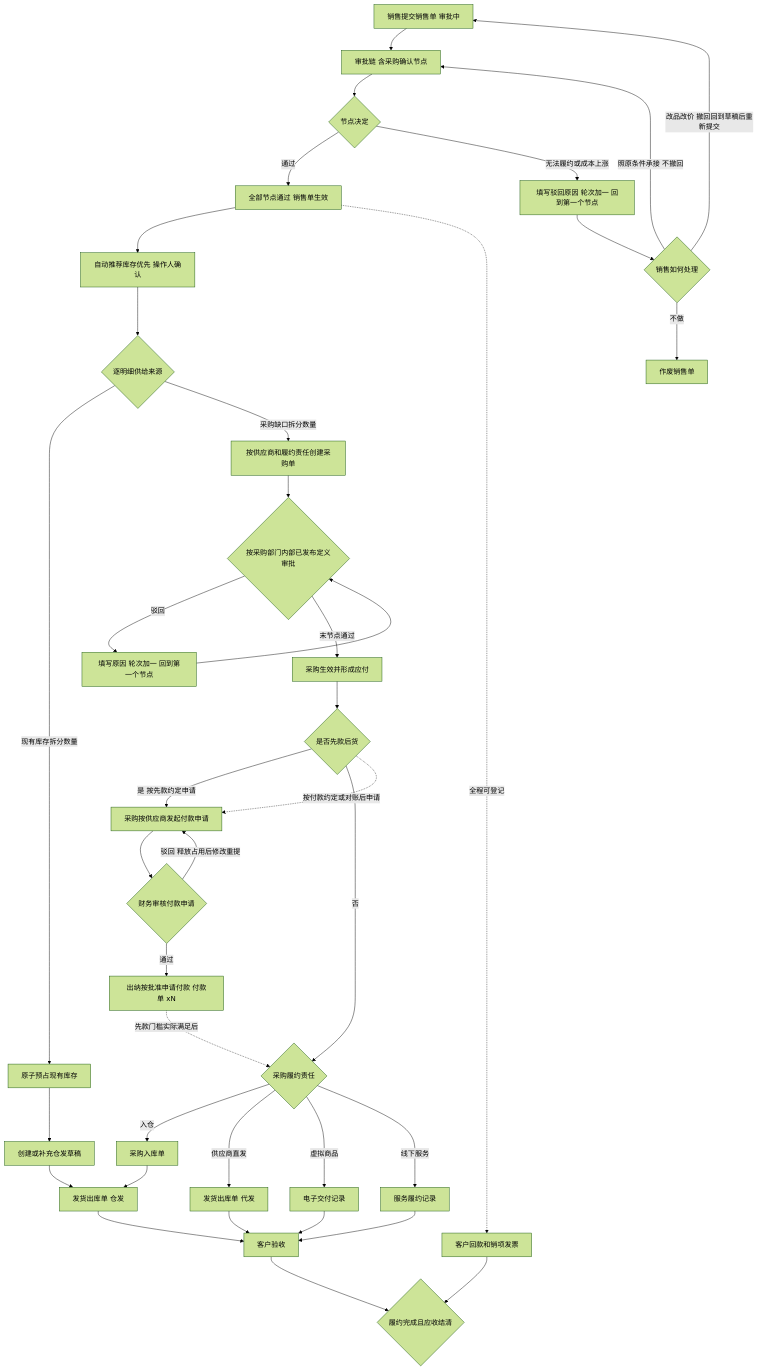
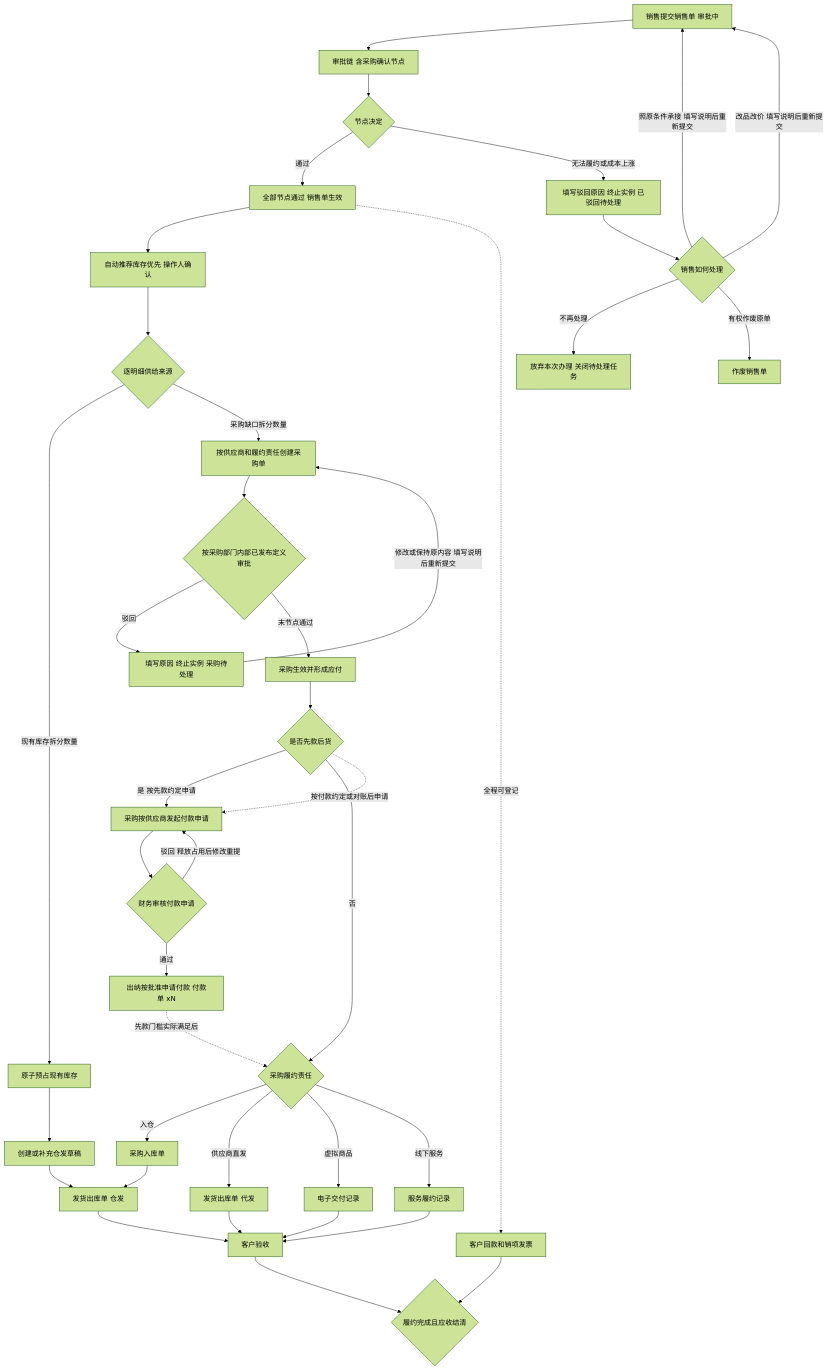
One commit to mztlive/erp changed the seventh of 11 diagrams in docs/erp-phase-1.md. Above: the diagram before and after it, drawn with Mermaid (forest theme). The commit also changed other lines of this file and 329 other files, not shown here.

````diff
--- a/docs/erp-phase-1.md
+++ b/docs/erp-phase-1.md
@@ -794,70 +794,72 @@
 ```mermaid
 flowchart TD
   销售单[销售提交销售单 审批中]
   二次确认[审批链 含采购确认节点]
   确认结果{节点决定}
-  驳回[填写驳回原因 轮次加一 回到第一个节点]
+  驳回[填写驳回原因 终止实例 已驳回待处理]
   处理{销售如何处理}
   作废[作废销售单]
+  放弃[放弃本次办理 关闭待处理任务]
   生效[全部节点通过 销售单生效]
   供给分配[自动推荐库存优先 操作人确认]
   供给来源{逐明细供给来源}
   库存预占[原子预占现有库存]
   仓发草稿[创建或补充仓发草稿]
   采购单[按供应商和履约责任创建采购单]
   采购审批{按采购部门内部已发布定义审批}
-  驳回采购[填写原因 轮次加一 回到第一个节点]
+  驳回采购[填写原因 终止实例 采购待处理]
   应付[采购生效并形成应付]
   条件{是否先款后货}
   申请[采购按供应商发起付款申请]
   付款审核{财务审核付款申请}
   付款[出纳按批准申请付款 付款单 xN]
   履约{采购履约责任}
   入库[采购入库单]
   仓发[发货出库单 仓发]
   代发[发货出库单 代发]
   电子[电子交付记录]
   服务[服务履约记录]
   验收[客户验收]
   客户票款[客户回款和销项发票]
   关闭{履约完成且应收结清}
 
   销售单 --> 二次确认
   二次确认 --> 确认结果
   确认结果 -->|通过| 生效
   生效 --> 供给分配
   供给分配 --> 供给来源
   供给来源 -->|现有库存拆分数量| 库存预占
   库存预占 --> 仓发草稿
   仓发草稿 --> 仓发
   供给来源 -->|采购缺口拆分数量| 采购单
   确认结果 -->|无法履约或成本上涨| 驳回
   驳回 --> 处理
-  处理 -->|照原条件承接 不撤回| 二次确认
-  处理 -->|改品改价 撤回回到草稿后重新提交| 销售单
-  处理 -->|不做| 作废
+  处理 -->|照原条件承接 填写说明后重新提交| 销售单
+  处理 -->|改品改价 填写说明后重新提交| 销售单
+  处理 -->|不再处理| 放弃
+  处理 -->|有权作废原单| 作废
   采购单 --> 采购审批
   采购审批 -->|驳回| 驳回采购
-  驳回采购 --> 采购审批
+  驳回采购 -->|修改或保持原内容 填写说明后重新提交| 采购单
   采购审批 -->|末节点通过| 应付
   应付 --> 条件
   条件 -->|是 按先款约定申请| 申请
   条件 -->|否| 履约
   条件 -.->|按付款约定或对账后申请| 申请
   申请 --> 付款审核
   付款审核 -->|驳回 释放占用后修改重提| 申请
   付款审核 -->|通过| 付款
   付款 -.->|先款门槛实际满足后| 履约
   履约 -->|入仓| 入库
   入库 --> 仓发
   履约 -->|供应商直发| 代发
   履约 -->|虚拟商品| 电子
   履约 -->|线下服务| 服务
   仓发 --> 验收
   代发 --> 验收
   电子 --> 验收
   服务 --> 验收
   生效 -.->|全程可登记| 客户票款
   验收 --> 关闭
   客户票款 --> 关闭
 ```
````
